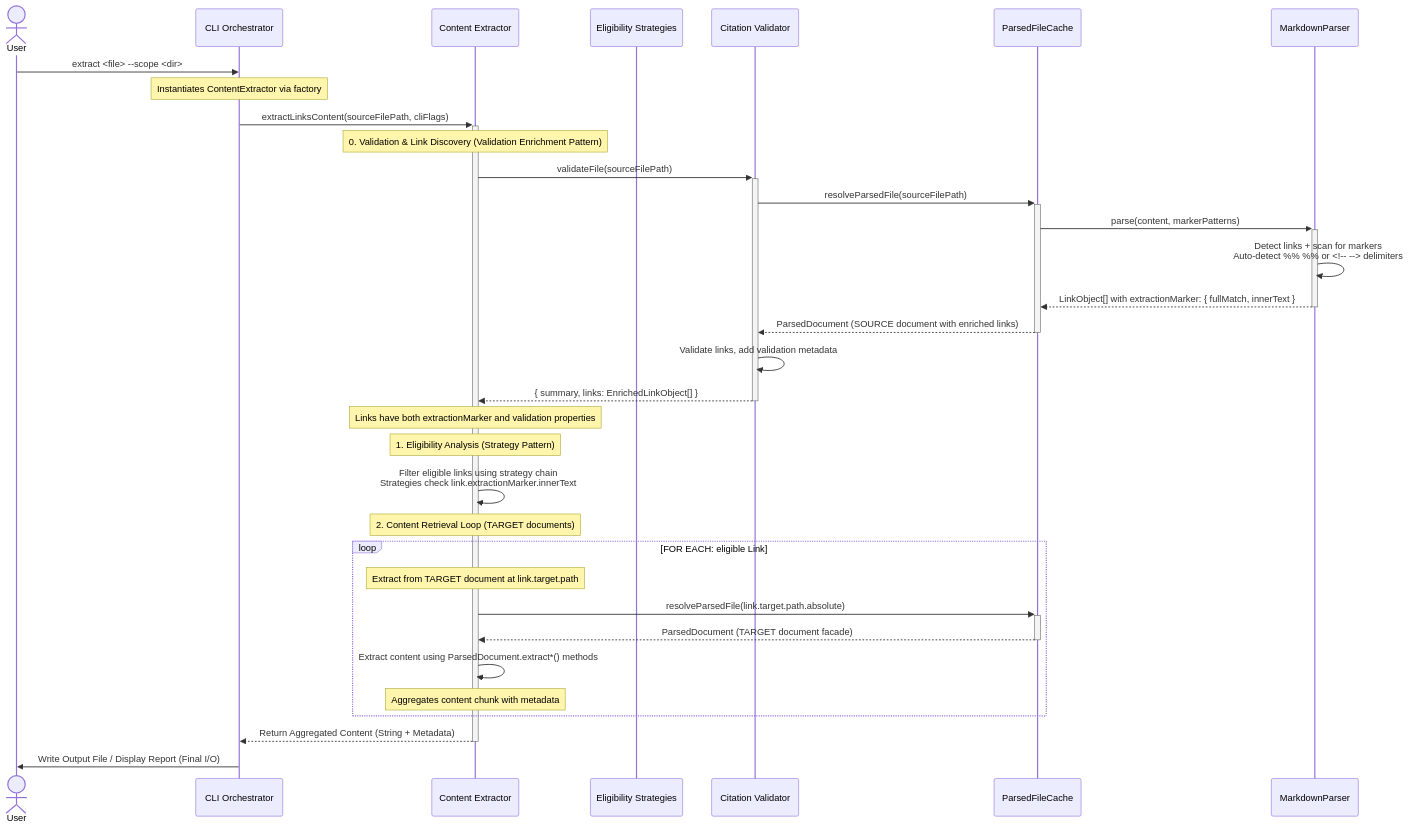
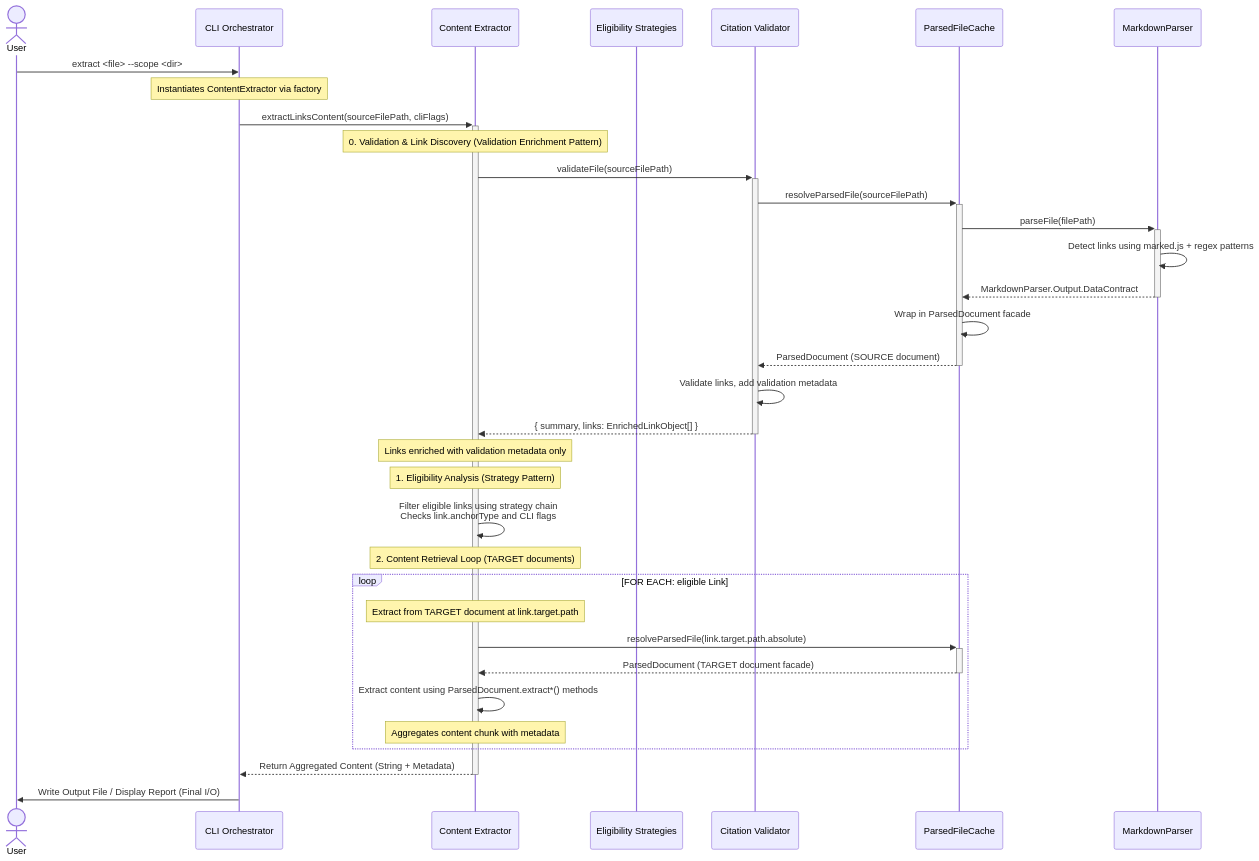
One commit to WesleyMFrederick/cc-workflows changed the second of 2 diagrams in tools/citation-manager/design-docs/component-guides/Content Extractor Implementation Guide.md. Above: the diagram before and after it, drawn with Mermaid. The commit also changed other lines of this file and 17 other files, not shown here.

First line of the commit message:
chore(config,docs): add SessionStart hook and refine architecture documentation

````diff
--- a/tools/citation-manager/design-docs/component-guides/Content Extractor Implementation Guide.md
+++ b/tools/citation-manager/design-docs/component-guides/Content Extractor Implementation Guide.md
@@ -164,47 +164,43 @@
 ```mermaid
 sequenceDiagram
     actor User
     participant CLI as CLI Orchestrator
     participant Extractor as Content Extractor
     participant Strategies as Eligibility Strategies
     participant Validator as Citation Validator
     participant ParsedCache as ParsedFileCache
     participant Parser as MarkdownParser
-    
+
 
     User->>CLI: extract <file> --scope <dir>
     note over CLI: Instantiates ContentExtractor via factory
 
     CLI->>+Extractor: extractLinksContent(sourceFilePath, cliFlags)
 
     note over Extractor: 0. Validation & Link Discovery (Validation Enrichment Pattern)
     Extractor->>+Validator: validateFile(sourceFilePath)
-    %% note over Validator: Collect marker patterns from strategies
-    %% Validator->>+Strategies: getMarker() for each strategy
-    %% Strategies-->>-Validator: ['%%stop-extract-link%%', '%%force-extract%%', null, null]
-    %% Validator->>+ParsedCache: resolveParsedFile(sourceFilePath, markerPatterns)
     Validator->>+ParsedCache: resolveParsedFile(sourceFilePath)
-    %% note over ParsedCache: Pass markers to MarkdownParser
-    ParsedCache->>+Parser: parse(content, markerPatterns)
-    Parser->>Parser: Detect links + scan for markers<br/>Auto-detect %% %% or <!-- --> delimiters
-    Parser-->>-ParsedCache: LinkObject[] with extractionMarker: { fullMatch, innerText }
-    ParsedCache-->>-Validator: ParsedDocument (SOURCE document with enriched links)
+    ParsedCache->>+Parser: parseFile(filePath)
+    Parser->>Parser: Detect links using marked.js + regex patterns
+    Parser-->>-ParsedCache: MarkdownParser.Output.DataContract
+    ParsedCache->>ParsedCache: Wrap in ParsedDocument facade
+    ParsedCache-->>-Validator: ParsedDocument (SOURCE document)
     Validator->>Validator: Validate links, add validation metadata
     Validator-->>-Extractor: { summary, links: EnrichedLinkObject[] }
-    note over Extractor: Links have both extractionMarker and validation properties
+    note over Extractor: Links enriched with validation metadata only
 
     note over Extractor: 1. Eligibility Analysis (Strategy Pattern)
-    Extractor->>Extractor: Filter eligible links using strategy chain<br/>Strategies check link.extractionMarker.innerText
+    Extractor->>Extractor: Filter eligible links using strategy chain<br/>Checks link.anchorType and CLI flags
 
     note over Extractor: 2. Content Retrieval Loop (TARGET documents)
     loop FOR EACH: eligible Link
         note over Extractor: Extract from TARGET document at link.target.path
         Extractor->>+ParsedCache: resolveParsedFile(link.target.path.absolute)
         ParsedCache-->>-Extractor: ParsedDocument (TARGET document facade)
         Extractor->>Extractor: Extract content using ParsedDocument.extract*() methods
         note over Extractor: Aggregates content chunk with metadata
     end
 
     Extractor-->>-CLI: Return Aggregated Content (String + Metadata)
     CLI->>User: Write Output File / Display Report (Final I/O)
 ```
````
